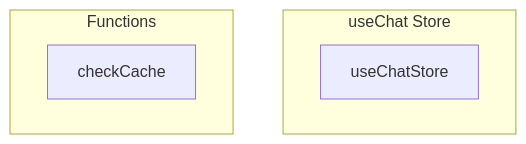
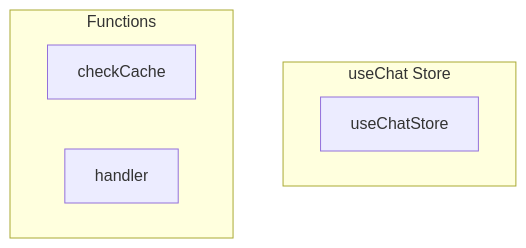
The diagram in docs/api/stores/usechat.md (y4my4my4m/harmony), drawn with Mermaid before and after one commit. The commit also changed other lines of this file and 211 other files, not shown here.

````diff
--- a/docs/api/stores/usechat.md
+++ b/docs/api/stores/usechat.md
@@ -7,10 +7,11 @@
 ```mermaid
 graph TB
     subgraph "useChat Store"
         USECHATSTORE[useChatStore]
     end
     
     subgraph "Functions"
         FN_CHECKCACHE[checkCache]
+        FN_HANDLER[handler]
     end
 ```
````
